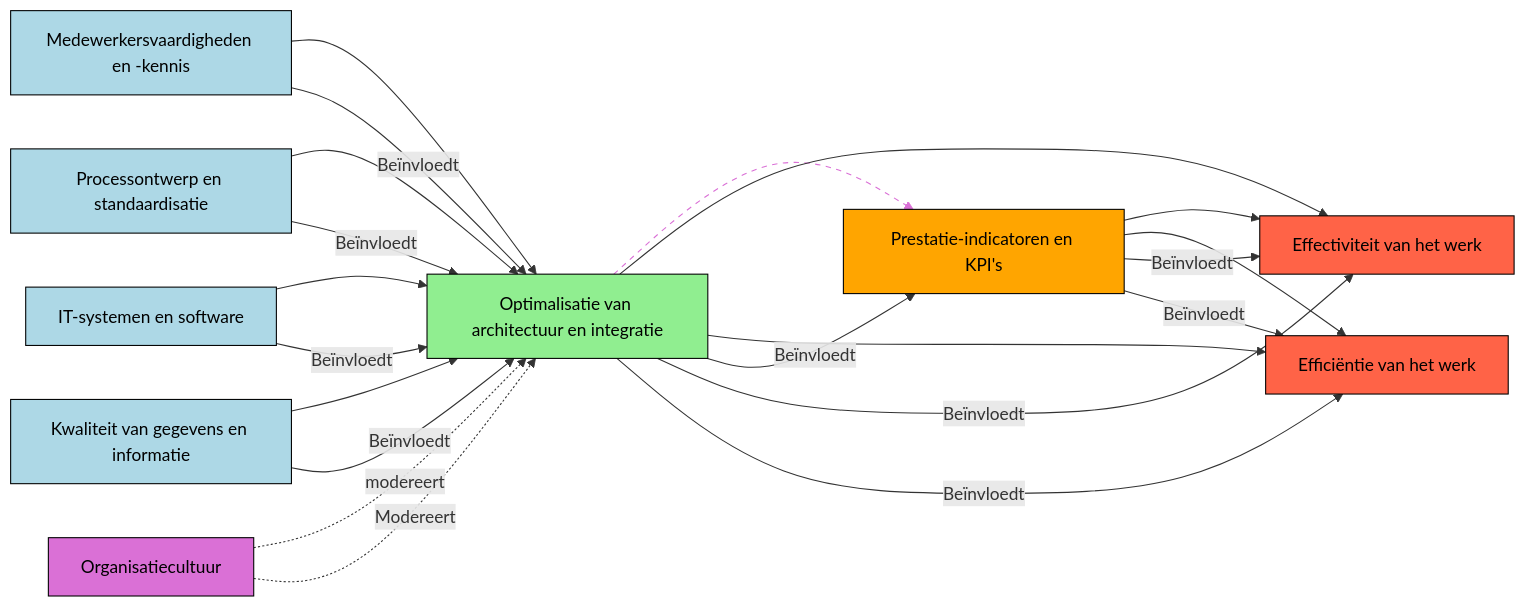
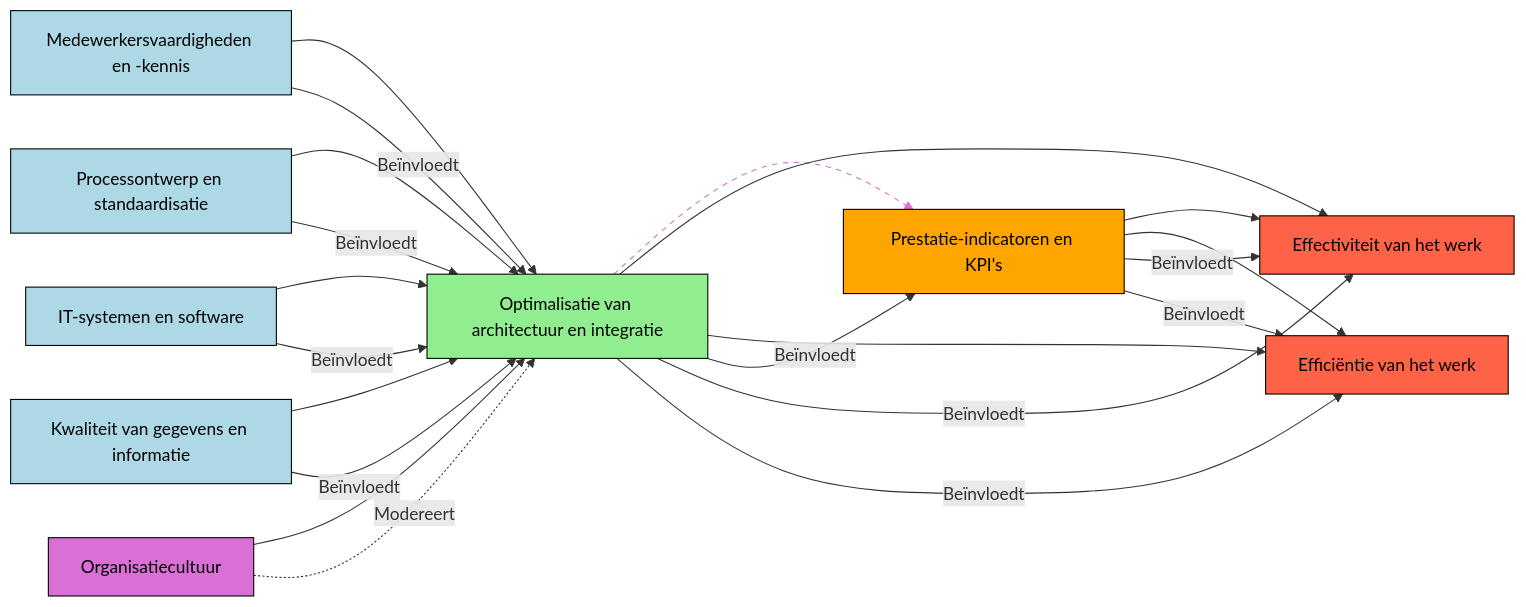
The second of 2 diagrams in conceptmod.qmd (hanbedrijfskunde/aod2024-25), drawn with Mermaid before and after one commit. The commit also changed 1 other file, not shown here.

````diff
--- a/conceptmod.qmd
+++ b/conceptmod.qmd
@@ -145,54 +145,54 @@
 ```{mermaid}
 flowchart LR
     %% Definieer de nodes
     IV1[Medewerkersvaardigheden en -kennis]
     IV2[Processontwerp en standaardisatie]
     IV3[IT-systemen en software]
     IV4[Kwaliteit van gegevens en informatie]
     MODV[Organisatiecultuur]
     INTV[Optimalisatie van architectuur en integratie]
     MV[Prestatie-indicatoren en KPI's]
     DV1[Effectiviteit van het werk]
     DV2[Efficiëntie van het werk]
 
     %% Definieer de relaties
     IV1 --> INTV
     IV2 --> INTV
     IV3 --> INTV
     IV4 --> INTV
 
-    MODV -. modereert .-> INTV
+    MODV --> INTV
 
     INTV --> MV
     MV --> DV1
     MV --> DV2
 
     INTV --> DV1
     INTV --> DV2
 
     %% Stijldefinities voor de nodes
     style IV1 fill:#ADD8E6,stroke:#000,color:#000
     style IV2 fill:#ADD8E6,stroke:#000,color:#000
     style IV3 fill:#ADD8E6,stroke:#000,color:#000
     style IV4 fill:#ADD8E6,stroke:#000,color:#000
     style INTV fill:#90EE90,stroke:#000,color:#000
     style MV fill:#FFA500,stroke:#000,color:#000
     style MODV fill:#DA70D6,stroke:#000,color:#000
     style DV1 fill:#FF6347,stroke:#000,color:#000
     style DV2 fill:#FF6347,stroke:#000,color:#000
 
     %% Stijldefinities voor de lijnen
     linkStyle 5 stroke-dasharray: 5 5,stroke:#DA70D6
 
     %% Voeg labels toe aan de lijnen
     IV1 -- Beïnvloedt --> INTV
     IV2 -- Beïnvloedt --> INTV
     IV3 -- Beïnvloedt --> INTV
     IV4 -- Beïnvloedt --> INTV
     MODV -. Modereert .-> INTV
     INTV -- Beïnvloedt --> MV
     MV -- Beïnvloedt --> DV1
     MV -- Beïnvloedt --> DV2
     INTV -- Beïnvloedt --> DV1
     INTV -- Beïnvloedt --> DV2
 ```
````
